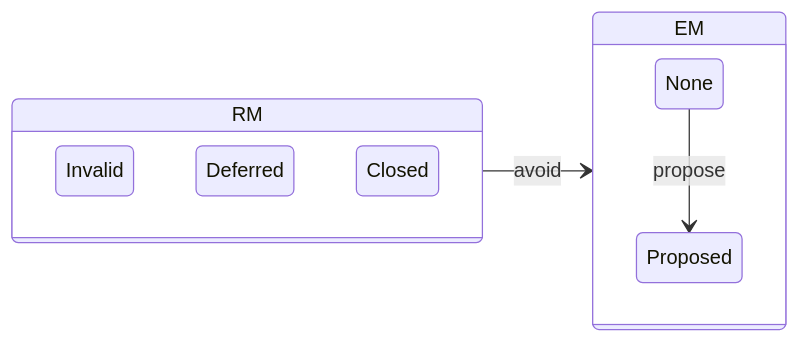
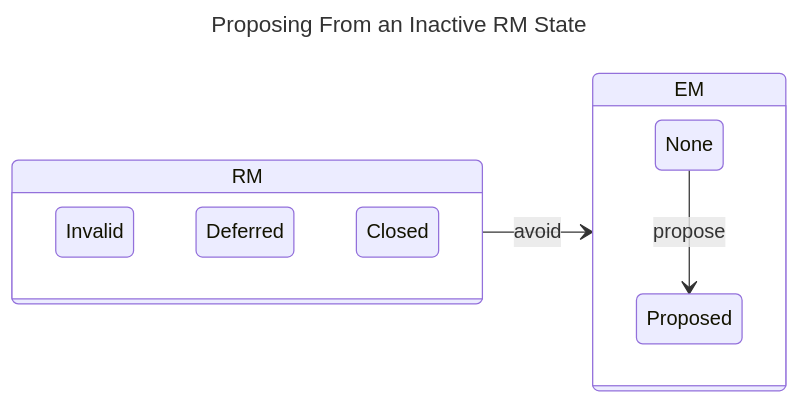
Before and after one commit to CERTCC/Vultron: the third of 11 diagrams in docs/topics/process_models/model_interactions/rm_em.md, drawn with Mermaid. The commit also changed other lines of this file and 44 other files, not shown here.

````diff
--- a/docs/topics/process_models/model_interactions/rm_em.md
+++ b/docs/topics/process_models/model_interactions/rm_em.md
@@ -107,13 +108,16 @@
 ```mermaid
+---
+title: Proposing From an Inactive RM State
+---
 stateDiagram-v2
     direction LR
     state RM {
         Invalid
         Deferred
         Closed
     }
     state EM {
         None --> Proposed : propose
     }
     RM --> EM : avoid
 ```
````
